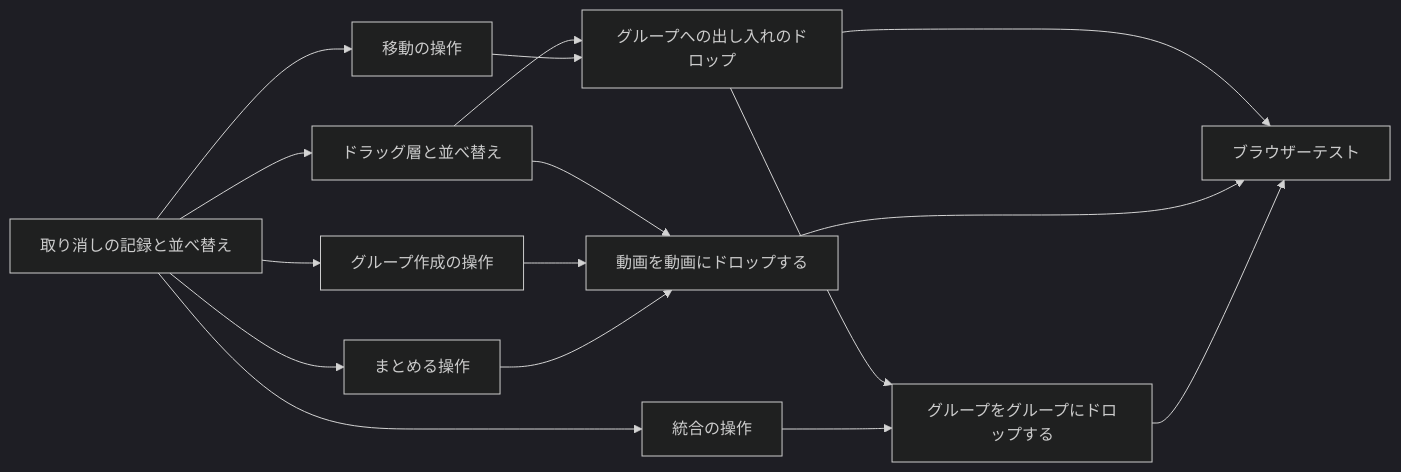
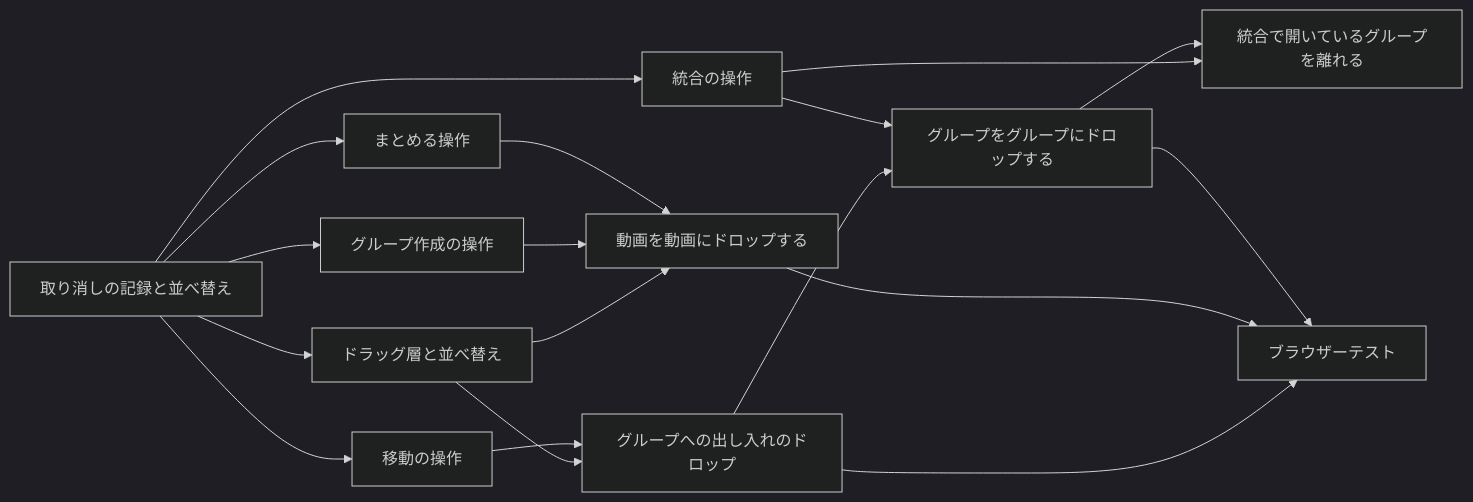
One commit to syudead/vv changed the second of 2 diagrams in translations/ja/specs/050-drag-organize/plan.md. Above: the diagram before and after it, drawn with Mermaid (dark theme). The commit also changed other lines of this file and 2 other files, not shown here.

First line of the commit message:
docs: update Japanese translations for 050 merge from revision

````diff
--- a/translations/ja/specs/050-drag-organize/plan.md
+++ b/translations/ja/specs/050-drag-organize/plan.md
@@ -118,18 +120,20 @@
 ```mermaid
 flowchart LR
   undo[取り消しの記録と並べ替え] --> move[移動の操作]
   undo --> grp[グループ作成の操作]
   undo --> merge[統合の操作]
   undo --> bundle[まとめる操作]
   undo --> layer[ドラッグ層と並べ替え]
   layer --> into[グループへの出し入れのドロップ]
   move --> into
   layer --> vv[動画を動画にドロップする]
   grp --> vv
   bundle --> vv
   into --> gg[グループをグループにドロップする]
   merge --> gg
+  merge --> mf[統合で開いているグループを離れる]
+  gg --> mf
   into --> e2e[ブラウザーテスト]
   vv --> e2e
   gg --> e2e
 ```
````
